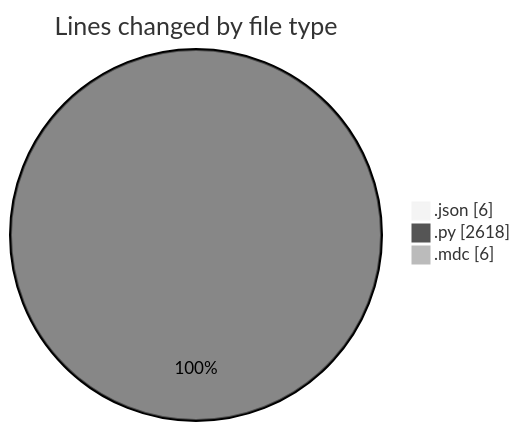
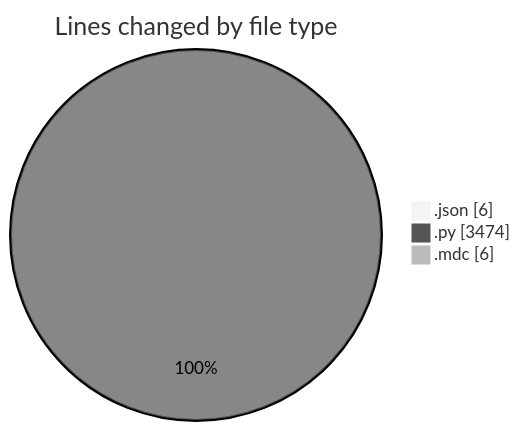
The first of 2 diagrams in 2025-07-16/telebot/README.md (jrari/code-tracking), drawn with Mermaid (neutral theme) before and after one commit. The commit also changed other lines of this file and 1 other file, not shown here.

````diff
--- a/2025-07-16/telebot/README.md
+++ b/2025-07-16/telebot/README.md
@@ -24,7 +25,7 @@
 ```mermaid
 pie showData
 title Lines changed by file type
 ".json" : 6
-".py" : 2618
+".py" : 3474
 ".mdc" : 6
 ```
````
